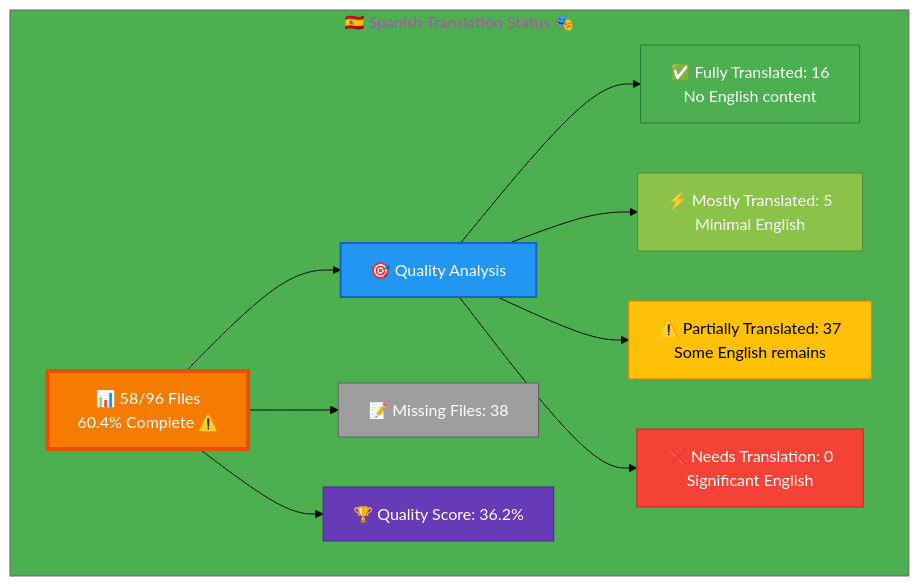
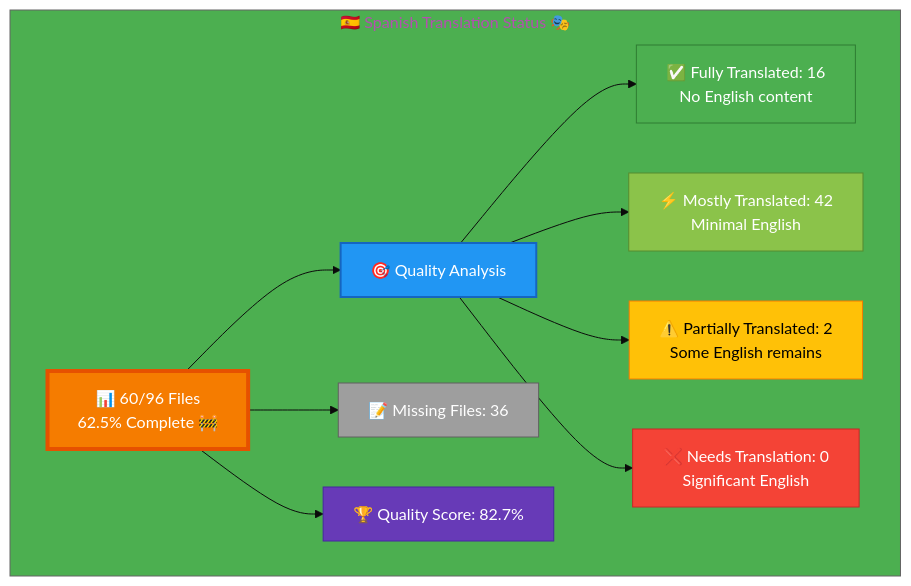
The diagram in Spanish-Translation-Status.md (Hack23/homepage), drawn with Mermaid before and after one commit. The commit also changed other lines of this file and 9 other files, not shown here.

````diff
--- a/Spanish-Translation-Status.md
+++ b/Spanish-Translation-Status.md
@@ -12,26 +12,26 @@
 ```mermaid
 %%{init: {'theme':'base', 'themeVariables': {'primaryColor':'#F57C00','secondaryColor':'#2196F3','tertiaryColor':'#4CAF50','fontSize':'16px'}}}%%
 graph TB
     subgraph "🇪🇸 Spanish Translation Status 🎭"
-        A["📊 58/96 Files<br/>60.4% Complete ⚠️"]
+        A["📊 60/96 Files<br/>62.5% Complete 🚧"]
         
         A --> B["🎯 Quality Analysis"]
         B --> C["✅ Fully Translated: 16<br/>No English content"]
-        B --> D["⚡ Mostly Translated: 5<br/>Minimal English"]
-        B --> E["⚠️  Partially Translated: 37<br/>Some English remains"]
+        B --> D["⚡ Mostly Translated: 42<br/>Minimal English"]
+        B --> E["⚠️  Partially Translated: 2<br/>Some English remains"]
         B --> F["❌ Needs Translation: 0<br/>Significant English"]
         
-        A --> G["📝 Missing Files: 38"]
+        A --> G["📝 Missing Files: 36"]
         
-        A --> H["🏆 Quality Score: 36.2%"]
+        A --> H["🏆 Quality Score: 82.7%"]
         
         style A fill:#F57C00,stroke:#E65100,color:#fff,stroke-width:4px
         style B fill:#2196F3,stroke:#1565C0,color:#fff,stroke-width:2px
         style C fill:#4CAF50,stroke:#2E7D32,color:#fff
         style D fill:#8BC34A,stroke:#558B2F,color:#fff
         style E fill:#FFC107,stroke:#F57C00,color:#000
         style F fill:#F44336,stroke:#C62828,color:#fff
         style G fill:#9E9E9E,stroke:#616161,color:#fff
         style H fill:#673AB7,stroke:#4527A0,color:#fff
     end
 ```
````
